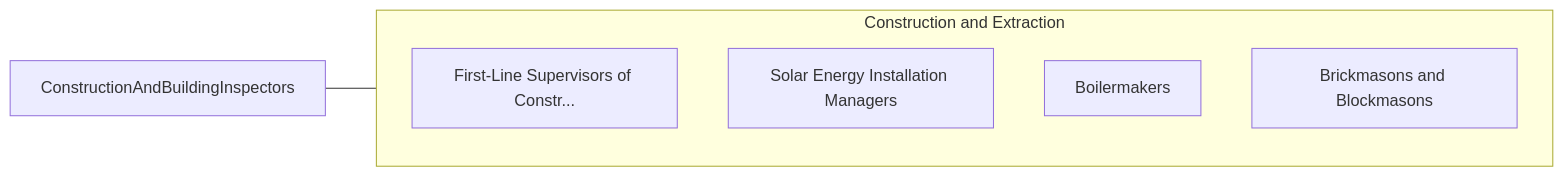
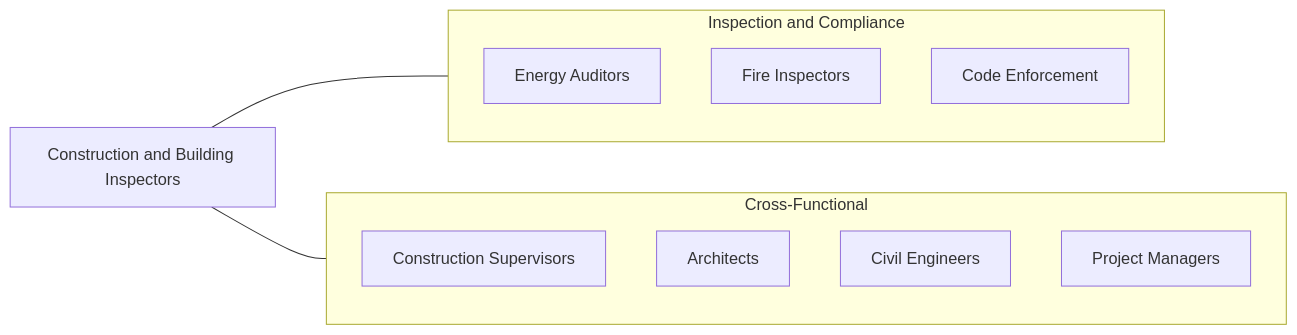
One commit to kziemski/business.org.ai changed the fourth of 4 diagrams in occupations/Construction/ConstructionAndBuildingInspectors.mdx. Above: the diagram before and after it, drawn with Mermaid. The commit also changed other lines of this file and 938 other files, not shown here.

````diff
--- a/occupations/Construction/ConstructionAndBuildingInspectors.mdx
+++ b/occupations/Construction/ConstructionAndBuildingInspectors.mdx
@@ -119,13 +226,20 @@
 ```mermaid
 graph LR
-    Current["ConstructionAndBuildingInspectors"]
+    Current["Construction and Building Inspectors"]
 
-    subgraph SameCategory["Construction and Extraction"]
-        FirstLineSupervisors["First-Line Supervisors of Constr..."]
-        SolarEnergyInstallat["Solar Energy Installation Managers"]
-        Boilermakers["Boilermakers"]
-        BrickmasonsAndBlockm["Brickmasons and Blockmasons"]
+    subgraph SameCategory["Inspection and Compliance"]
+        Energy["Energy Auditors"]
+        Fire["Fire Inspectors"]
+        Code["Code Enforcement"]
+    end
+
+    subgraph CrossFunctional["Cross-Functional"]
+        Super["Construction Supervisors"]
+        Architect["Architects"]
+        Engineer["Civil Engineers"]
+        PM["Project Managers"]
     end
 
     Current --- SameCategory
+    Current --- CrossFunctional
 ```
````
